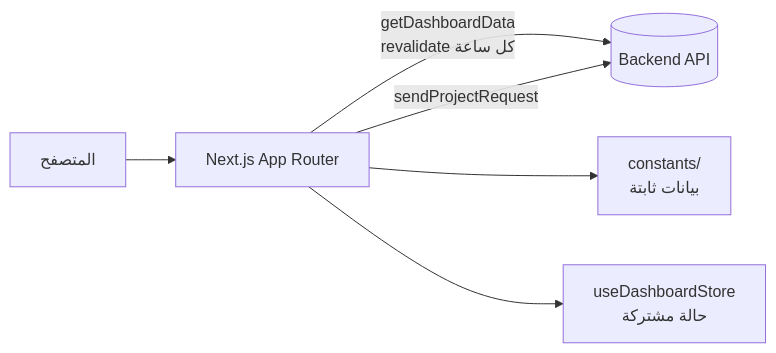
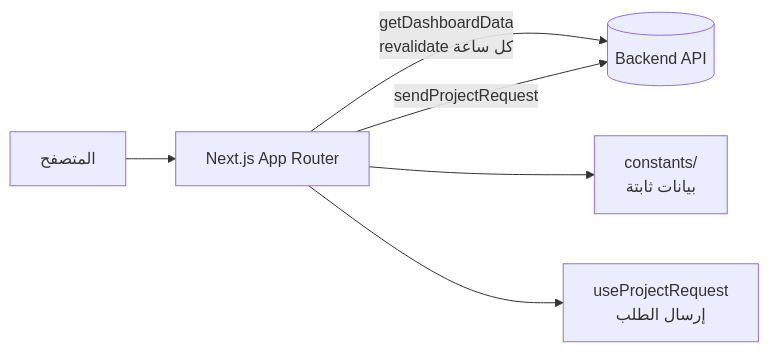
The diagram in README.md (Ayaalmadhon2004/yosal-company), drawn with Mermaid before and after one commit. The commit also changed other lines of this file and 3 other files, not shown here.

Commit message:
chore: align package name with repo and rename useDashboardStore to useProjectRequest

````diff
--- a/README.md
+++ b/README.md
@@ -177,8 +177,8 @@
 ```mermaid
 flowchart LR
     A[المتصفح] --> B[Next.js App Router]
     B -->|getDashboardData<br/>revalidate كل ساعة| C[(Backend API)]
     B -->|sendProjectRequest| C
     B --> D[constants/<br/>بيانات ثابتة]
-    B --> E[useDashboardStore<br/>حالة مشتركة]
+    B --> E[useProjectRequest<br/>إرسال الطلب]
 ```
````
